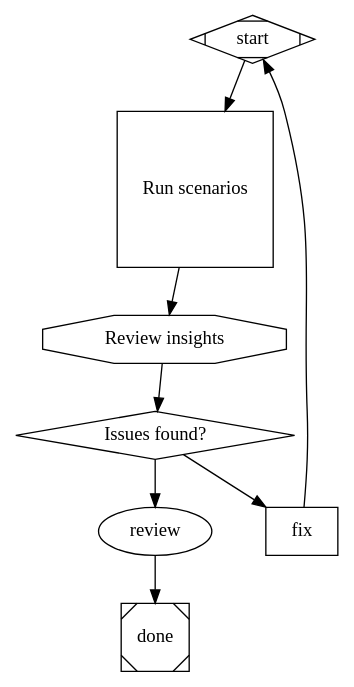
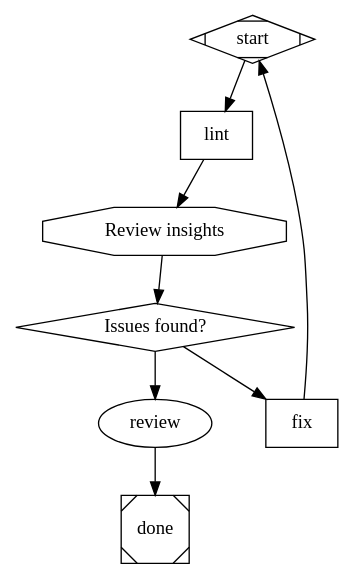
The fourth of 4 diagrams in src/cli/prompts/PROMPT_pipeline_create.md (josuakiviranta/apparatus), drawn with Graphviz before and after one commit. The commit also changed other lines of this file and 24 other files, not shown here.

First line of the commit message:
docs: drop scenario-tests references and delete the folder

````diff
--- a/src/cli/prompts/PROMPT_pipeline_create.md
+++ b/src/cli/prompts/PROMPT_pipeline_create.md
@@ -138,36 +137,36 @@
 ```dot
 digraph review_pipeline {
-  goal="Run scenarios, meditate on results, then approve or fix"
+  goal="Lint, meditate on results, then approve or fix"
   inputs="review_agent"
 
   // Entry and exit (required in every pipeline)
   start  [shape=Mdiamond]
   done   [shape=Msquare]
 
-  // Run scenario tests on the project — goal_gate ensures this always completes
-  scenarios [shape=square, label="Run scenarios", goal_gate=true]
+  // Lint the project — goal_gate ensures this always completes
+  lint [shape=box, prompt="Run linting", max_iterations=1, goal_gate=true]
 
   // Meditation session — Claude reviews results and writes insights
   meditate [shape=octagon, label="Review insights"]
 
   // Automatic check — did meditate find issues?
   check [shape=diamond, label="Issues found?"]
 
   // Named agent — use $variable so this pipeline works in any project's agent registry
   review [agent="$review_agent", prompt="Review the latest changes"]
 
   // Agentic loop — applies fixes, capped at 3 iterations
   fix [shape=box, prompt="Apply the fixes recommended in the latest meditation illumination.", max_iterations=3]
 
   // Wire it up
-  start     -> scenarios
-  scenarios -> meditate
-  meditate  -> check
-  check     -> fix    [condition="result=fail"]
-  check     -> review [condition="result=success"]
-  review    -> done
+  start    -> lint
+  lint     -> meditate
+  meditate -> check
+  check    -> fix    [condition="result=fail"]
+  check    -> review [condition="result=success"]
+  review   -> done
 
   // After fix, loop back to re-run the whole pipeline with preserved context
   fix -> start [loop_restart=true]
 }
 ```
````
